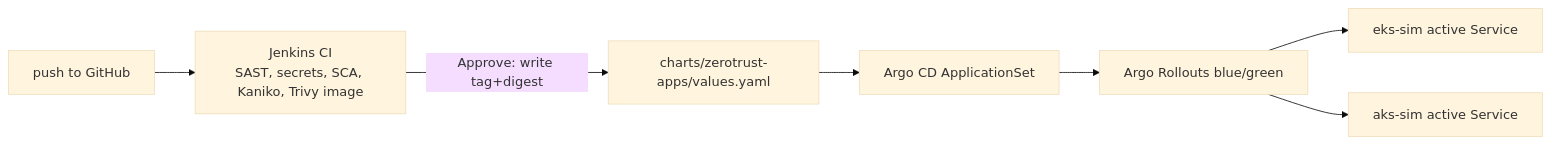
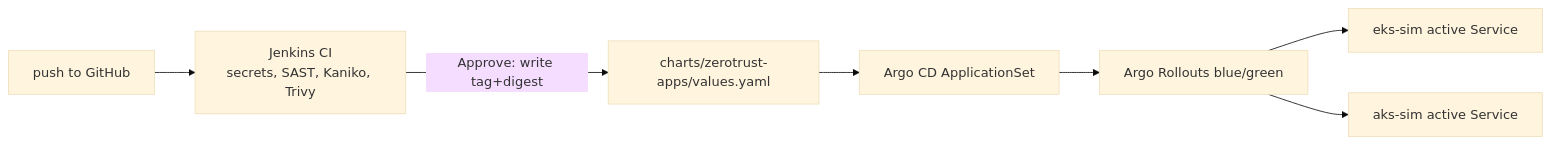
Before and after one commit to hanumanthvendra/k8s-multicluster-zerotrust: the second of 2 diagrams in README.md, drawn with Mermaid (base theme). The commit also changed other lines of this file and 1 other file, not shown here.

First line of the commit message:
Run SAST immediately before Build and keep Secrets as Gitleaks only.

````diff
--- a/README.md
+++ b/README.md
@@ -85,9 +85,9 @@
 ```mermaid
 flowchart LR
-  DEV["push to GitHub"] --> J["Jenkins CI<br/>SAST, secrets, SCA, Kaniko, Trivy image"]
+  DEV["push to GitHub"] --> J["Jenkins CI<br/>secrets, SAST, Kaniko, Trivy"]
   J -->|"Approve: write tag+digest"| GH["charts/zerotrust-apps/values.yaml"]
   GH --> A["Argo CD ApplicationSet"]
   A --> R["Argo Rollouts blue/green"]
   R --> EKS["eks-sim active Service"]
   R --> AKS["aks-sim active Service"]
 ```
````
